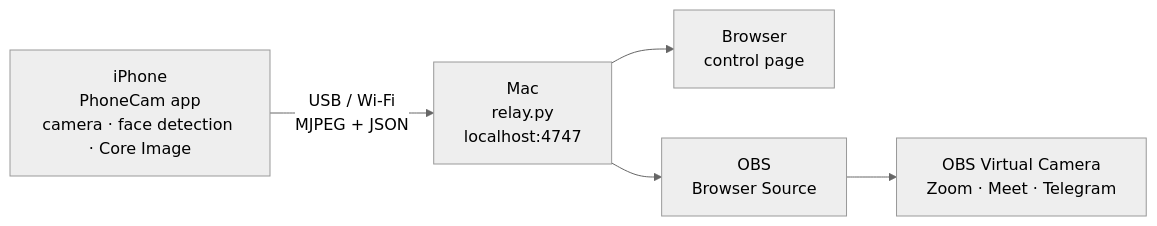
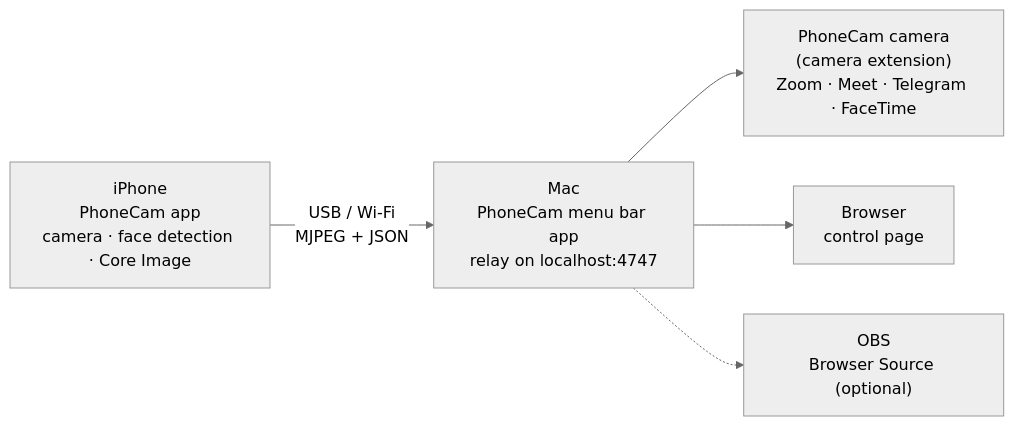
Before and after one commit to hypnagonia/phonecam: the diagram in README.md, drawn with Mermaid (neutral theme). The commit also changed other lines of this file and 13 other files, not shown here.

First line of the commit message:
Mac app with a PhoneCam camera, privacy pre-push hook, calmer UI

````diff
--- a/README.md
+++ b/README.md
@@ -17,7 +18,7 @@
 ```mermaid
 flowchart LR
-    A["iPhone<br/>PhoneCam app<br/>camera · face detection · Core Image"] -- "USB / Wi‑Fi<br/>MJPEG + JSON" --> B["Mac<br/>relay.py<br/>localhost:4747"]
+    A["iPhone<br/>PhoneCam app<br/>camera · face detection · Core Image"] -- "USB / Wi‑Fi<br/>MJPEG + JSON" --> B["Mac<br/>PhoneCam menu bar app<br/>relay on localhost:4747"]
+    B --> E["PhoneCam camera<br/>(camera extension)<br/>Zoom · Meet · Telegram · FaceTime"]
     B --> C["Browser<br/>control page"]
-    B --> D["OBS<br/>Browser Source"]
-    D --> E["OBS Virtual Camera<br/>Zoom · Meet · Telegram"]
+    B -.-> D["OBS<br/>Browser Source (optional)"]
 ```
````
